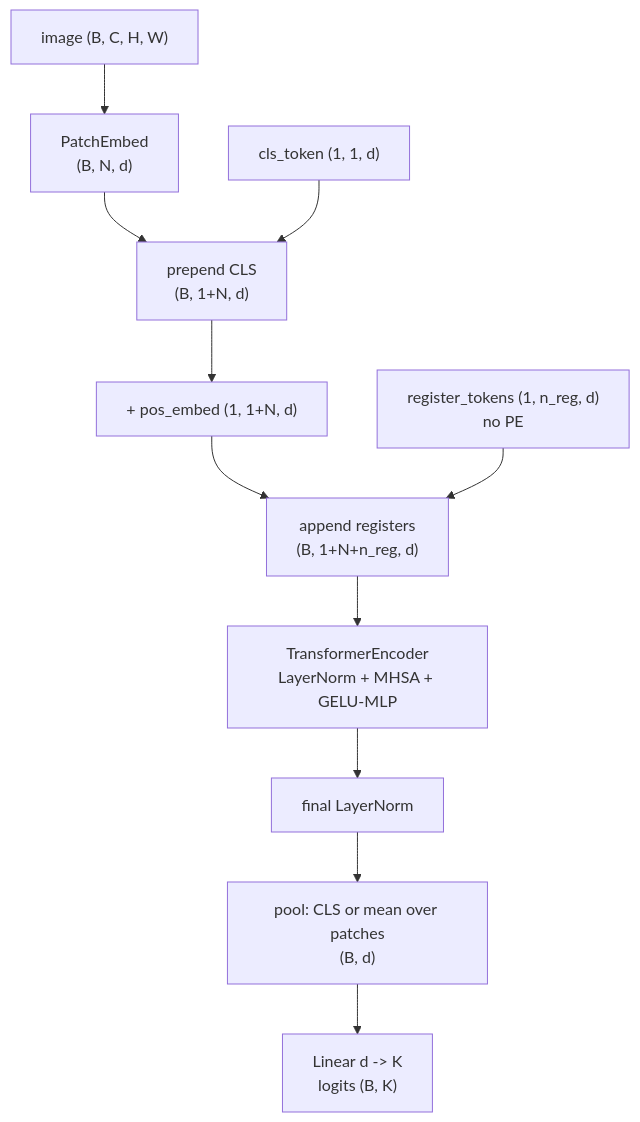
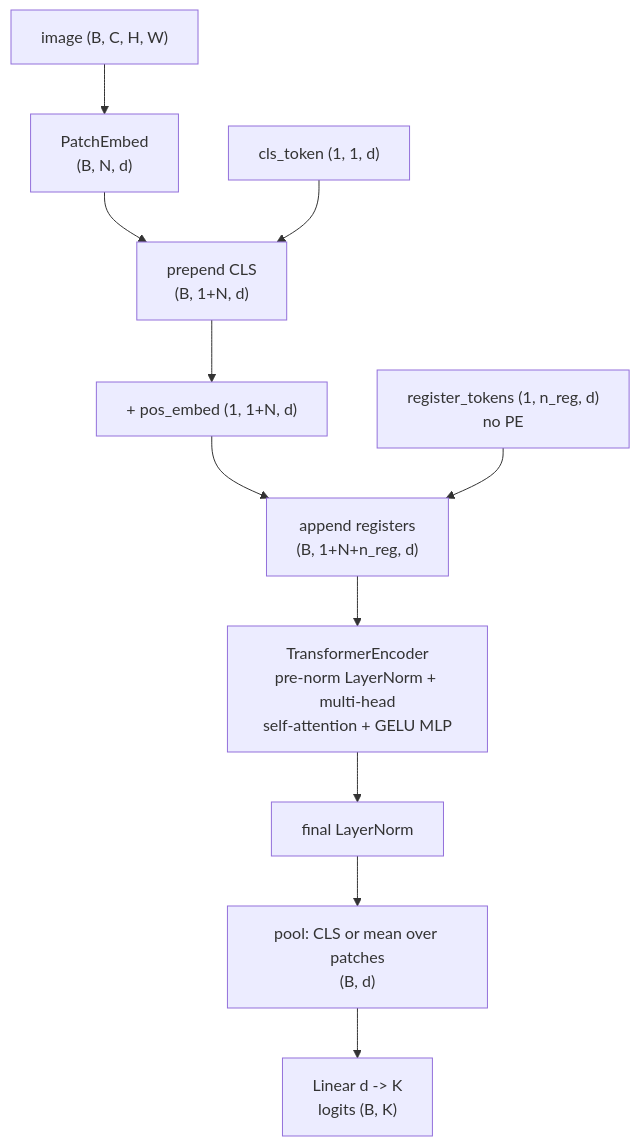
The second of 4 diagrams in assignments/a02_vit/README.md (tanmaniac/nanovision), drawn with Mermaid before and after one commit. The commit also changed other lines of this file and 29 other files, not shown here.

````diff
--- a/assignments/a02_vit/README.md
+++ b/assignments/a02_vit/README.md
@@ -100,13 +243,13 @@
 ```mermaid
 flowchart TB
     IMG["image (B, C, H, W)"] --> PE["PatchEmbed<br/>(B, N, d)"]
     PE --> CAT["prepend CLS<br/>(B, 1+N, d)"]
     CLS["cls_token (1, 1, d)"] --> CAT
     CAT --> ADD["+ pos_embed (1, 1+N, d)"]
     ADD --> REG["append registers<br/>(B, 1+N+n_reg, d)"]
     RT["register_tokens (1, n_reg, d)<br/>no PE"] --> REG
-    REG --> ENC["TransformerEncoder<br/>LayerNorm + MHSA + GELU-MLP"]
+    REG --> ENC["TransformerEncoder<br/>pre-norm LayerNorm + multi-head<br/>self-attention + GELU MLP"]
     ENC --> LN["final LayerNorm"]
     LN --> POOL["pool: CLS or mean over patches<br/>(B, d)"]
     POOL --> HEAD["Linear d -> K<br/>logits (B, K)"]
 ```
````
